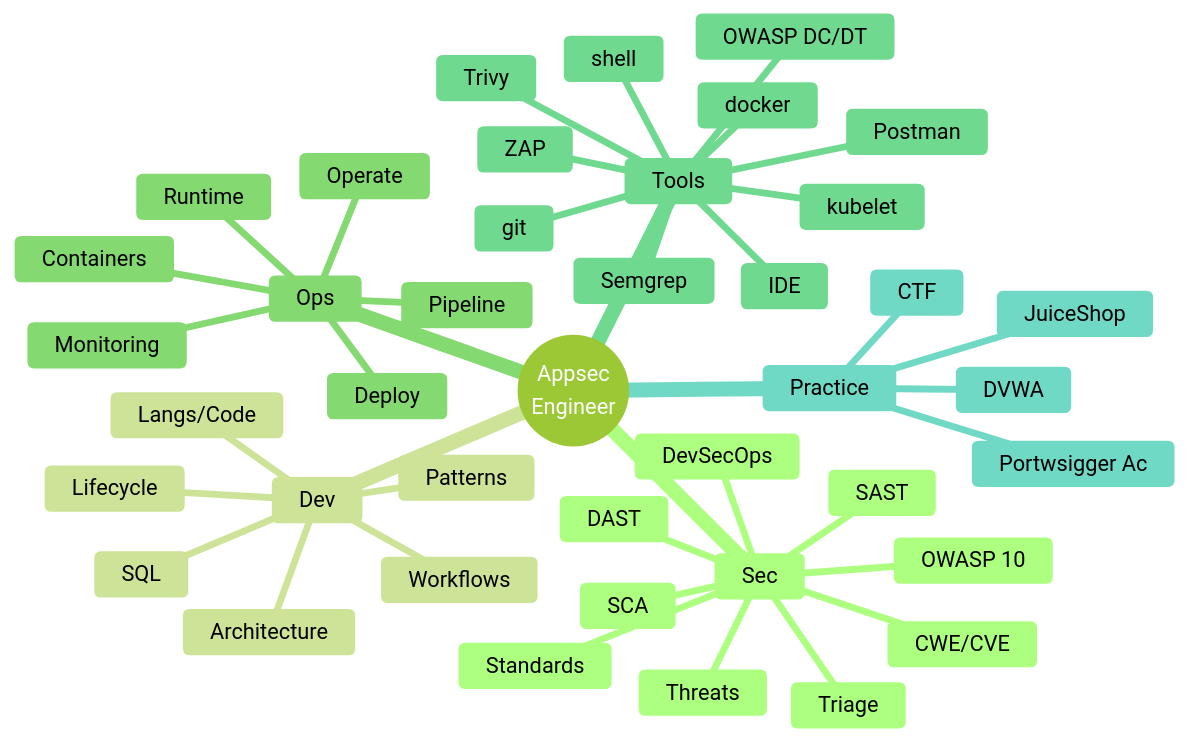
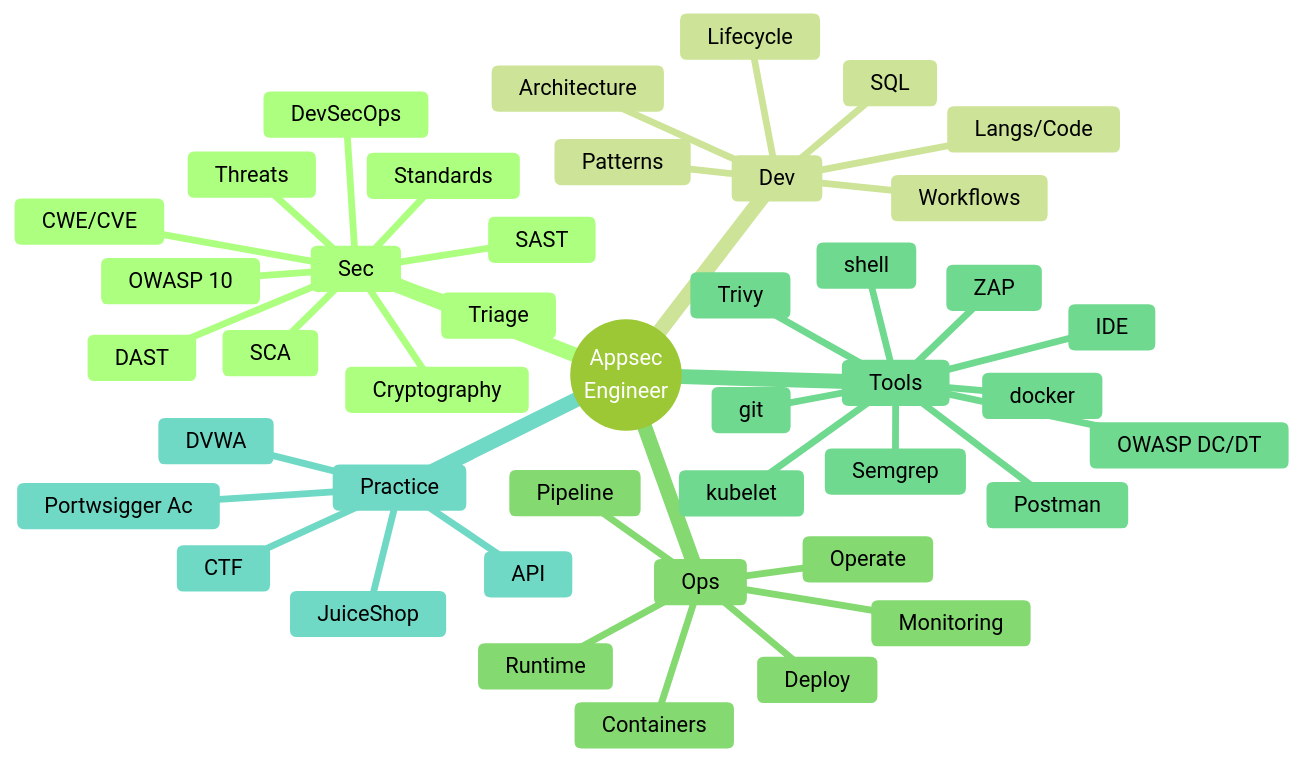
Before and after one commit to kremlsa/StudyPlanAppSec: the diagram in README.md, drawn with Mermaid.

````diff
--- a/README.md
+++ b/README.md
@@ -2,45 +2,47 @@
 ```mermaid
 %%{init: {'theme':'forest'}}%%
 mindmap
   root((Appsec<br/>Engineer))
     Sec
       OWASP 10
       CWE/CVE
       SCA
       SAST
       DAST
       DevSecOps
       Triage
       Threats
-      Standards 
+      Standards
+      Cryptography
     Dev
       Langs/Code
       Lifecycle
       Architecture
       Patterns
       Workflows
       SQL
     Ops
       Pipeline
       Containers
       Runtime
       Deploy
       Operate
       Monitoring
     Tools
       IDE
       git
       Postman
       ZAP
       Semgrep
       Trivy
       OWASP DC/DT
       shell
       docker
       kubelet
     Practice
       CTF
       Portwsigger Ac
       JuiceShop
       DVWA
+      API
 ```
````
